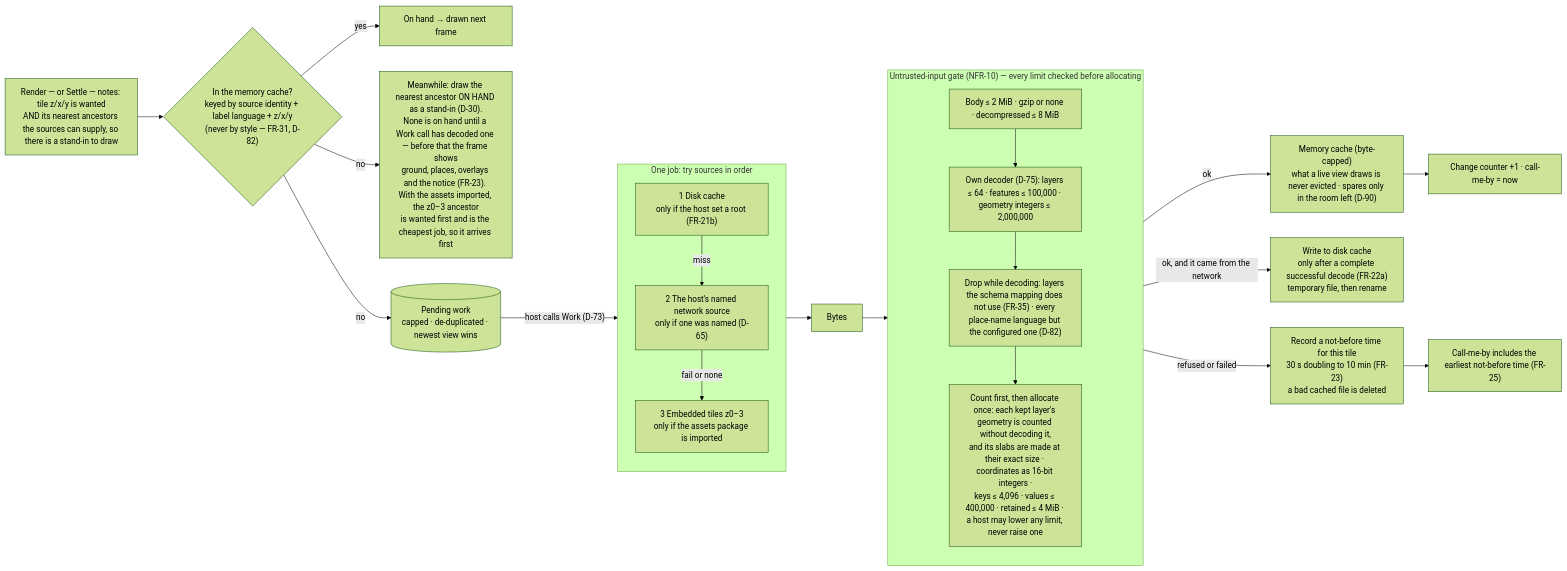
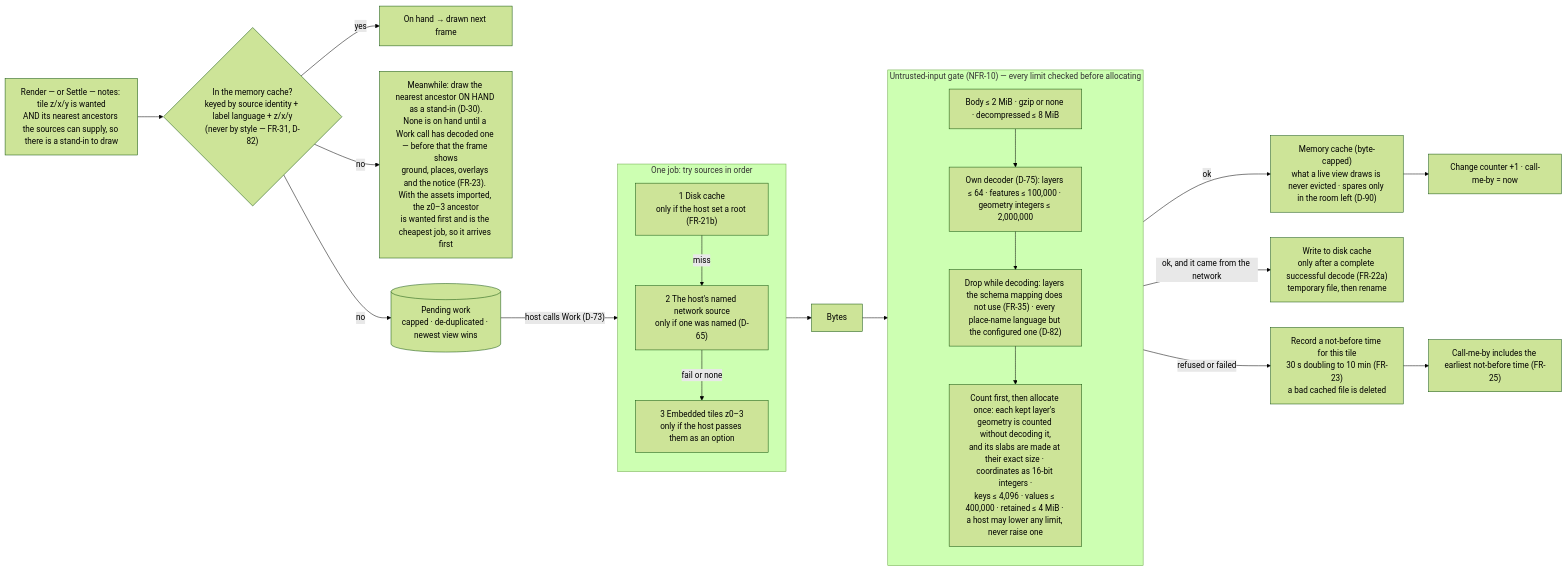
Before and after one commit to branden-thompson/go-tuimaps: the first of 3 diagrams in 06_docs/02_features/go-tuimaps/03-architecture-design/L2-tiles.md, drawn with Mermaid (forest theme). The commit also changed other lines of this file and 111 other files, not shown here.

First line of the commit message:
Add the tile generator and the embedded tiles (WP-04)

````diff
--- a/06_docs/02_features/go-tuimaps/03-architecture-design/L2-tiles.md
+++ b/06_docs/02_features/go-tuimaps/03-architecture-design/L2-tiles.md
@@ -9,31 +9,31 @@
 ```mermaid
 flowchart LR
     NEED["Render — or Settle — notes: tile z/x/y is wanted<br/>AND its nearest ancestors the sources can supply, so there is a stand-in to draw"] --> MEM{"In the memory cache?<br/>keyed by source identity + label language + z/x/y<br/>(never by style — FR-31, D-82)"}
     MEM -- yes --> USE["On hand → drawn next frame"]
     MEM -- no --> ANC["Meanwhile: draw the nearest ancestor ON HAND as a stand-in (D-30).<br/>None is on hand until a Work call has decoded one — before that the frame shows<br/>ground, places, overlays and the notice (FR-23). With the assets imported, the z0–3 ancestor<br/>is wanted first and is the cheapest job, so it arrives first"]
     MEM -- no --> Q[("Pending work<br/>capped · de-duplicated · newest view wins")]
     Q -- "host calls Work (D-73)" --> ORDER
 
     subgraph ORDER["One job: try sources in order"]
       direction TB
       S1["1 Disk cache<br/>only if the host set a root (FR-21b)"]
       S2["2 The host's named network source<br/>only if one was named (D-65)"]
-      S3["3 Embedded tiles z0–3<br/>only if the assets package is imported"]
+      S3["3 Embedded tiles z0–3<br/>only if the host passes them as an option"]
       S1 -- miss --> S2 -- "fail or none" --> S3
     end
 
     ORDER --> BYTES["Bytes"] --> GATE
     subgraph GATE["Untrusted-input gate (NFR-10) — every limit checked before allocating"]
       direction TB
       G1["Body ≤ 2 MiB · gzip or none · decompressed ≤ 8 MiB"]
       G2["Own decoder (D-75): layers ≤ 64 · features ≤ 100,000 · geometry integers ≤ 2,000,000"]
       G3["Drop while decoding: layers the schema mapping does not use (FR-35) · every place-name language but the configured one (D-82)"]
       G4["Count first, then allocate once: each kept layer's geometry is counted without decoding it,<br/>and its slabs are made at their exact size · coordinates as 16-bit integers ·<br/>keys ≤ 4,096 · values ≤ 400,000 · retained ≤ 4 MiB · a host may lower any limit, never raise one"]
       G1 --> G2 --> G3 --> G4
     end
     GATE -- "ok" --> STORE["Memory cache (byte-capped)<br/>what a live view draws is never evicted · spares only in the room left (D-90)"]
     GATE -- "ok, and it came from the network" --> WRITE["Write to disk cache<br/>only after a complete successful decode (FR-22a)<br/>temporary file, then rename"]
     GATE -- "refused or failed" --> FAIL["Record a not-before time for this tile<br/>30 s doubling to 10 min (FR-23)<br/>a bad cached file is deleted"]
     STORE --> BUMP["Change counter +1 · call-me-by = now"]
     FAIL --> DL["Call-me-by includes the earliest not-before time (FR-25)"]
 ```
````
